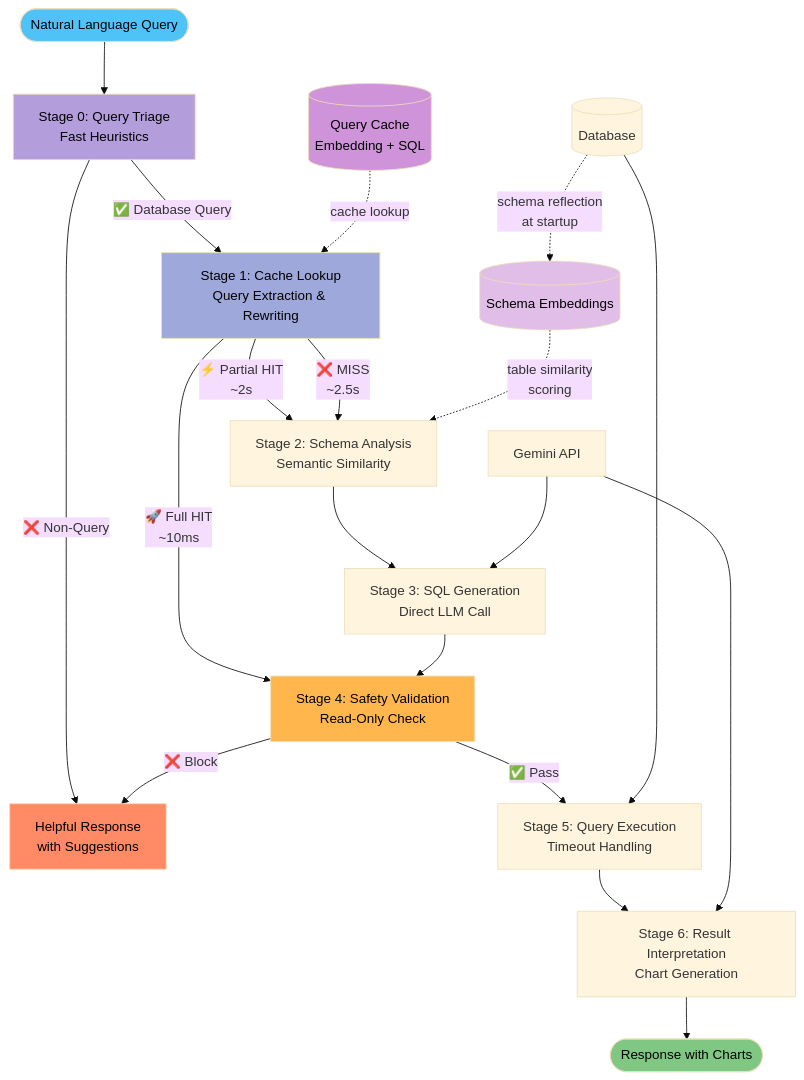
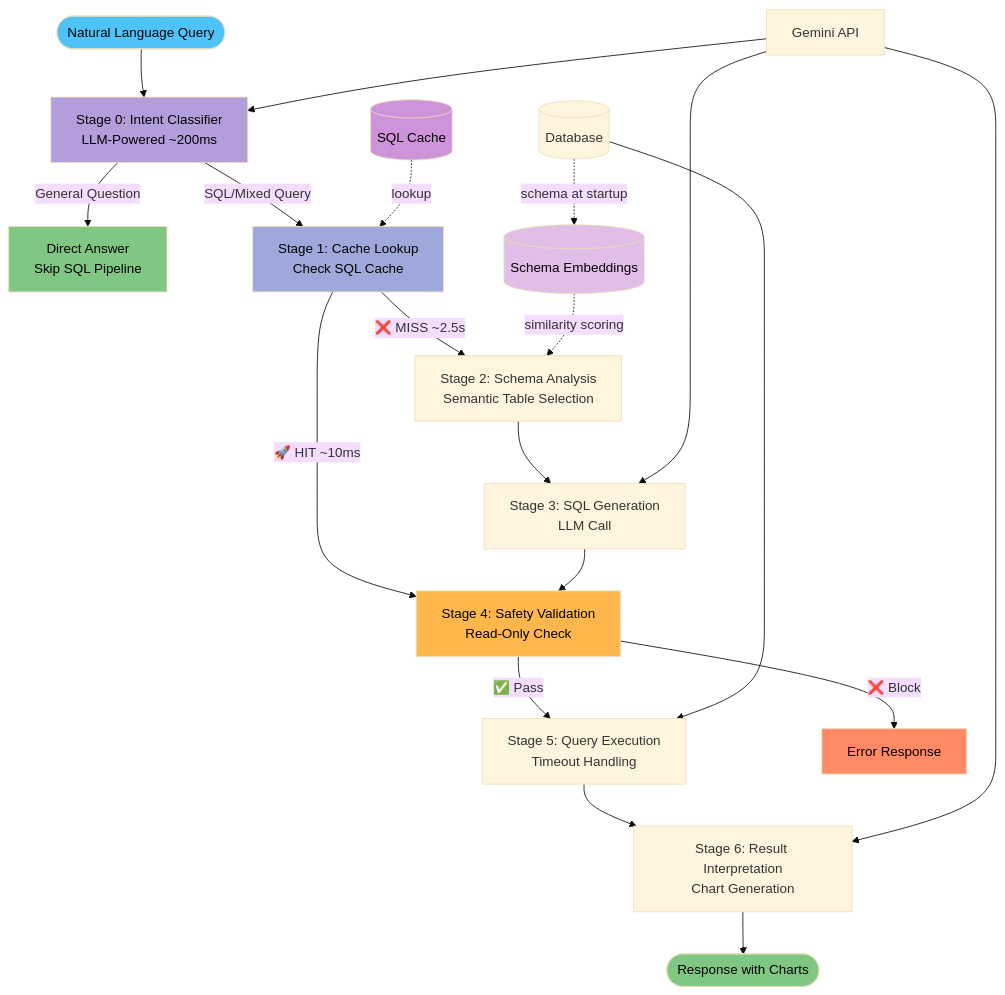
The diagram in README.md (keo571/netquery), drawn with Mermaid (base theme) before and after one commit. The commit also changed other lines of this file and 61 other files, not shown here.

````diff
--- a/README.md
+++ b/README.md
@@ -9,33 +9,34 @@
 ```mermaid
 flowchart TD
-    A([Natural Language Query]) --> T[Stage 0: Query Triage<br/>Fast Heuristics]
-    T -->|✅ Database Query| CL[Stage 1: Cache Lookup<br/>Query Extraction & Rewriting]
-    T -->|❌ Non-Query| H[Helpful Response<br/>with Suggestions]
+    A([Natural Language Query]) --> IC[Stage 0: Intent Classifier<br/>LLM-Powered ~200ms]
+    IC -->|General Question| GA[Direct Answer<br/>Skip SQL Pipeline]
+    IC -->|SQL/Mixed Query| CL[Stage 1: Cache Lookup<br/>Check SQL Cache]
 
-    CL -->|🚀 Full HIT<br/>~10ms| V[Stage 4: Safety Validation<br/>Read-Only Check]
-    CL -->|⚡ Partial HIT<br/>~2s| B[Stage 2: Schema Analysis<br/>Semantic Similarity]
-    CL -->|❌ MISS<br/>~2.5s| B
+    CL -->|🚀 HIT ~10ms| V[Stage 4: Safety Validation<br/>Read-Only Check]
+    CL -->|❌ MISS ~2.5s| B[Stage 2: Schema Analysis<br/>Semantic Table Selection]
 
-    B --> C[Stage 3: SQL Generation<br/>Direct LLM Call]
+    B --> C[Stage 3: SQL Generation<br/>LLM Call]
     C --> V
     V -->|✅ Pass| E[Stage 5: Query Execution<br/>Timeout Handling]
-    V -->|❌ Block| H
+    V -->|❌ Block| H[Error Response]
     E --> F[Stage 6: Result Interpretation<br/>Chart Generation]
     F --> G([Response with Charts])
 
-    DB[(Database)] -.->|schema reflection<br/>at startup| SCHEMA_CACHE
-    SCHEMA_CACHE[(Schema Embeddings)] -.->|table similarity<br/>scoring| B
-    QUERY_CACHE[(Query Cache<br/>Embedding + SQL)] -.->|cache lookup| CL
+    DB[(Database)] -.->|schema at startup| SCHEMA_CACHE
+    SCHEMA_CACHE[(Schema Embeddings)] -.->|similarity scoring| B
+    SQL_CACHE[(SQL Cache)] -.->|lookup| CL
+    LLM[Gemini API] --> IC
     LLM[Gemini API] --> C
-    LLM --> F
+    LLM[Gemini API] --> F
     DB --> E
 
     style A fill:#4FC3F7,color:#000
-    style T fill:#B39DDB,color:#000
+    style IC fill:#B39DDB,color:#000
     style CL fill:#9FA8DA,color:#000
     style G fill:#81C784,color:#000
+    style GA fill:#81C784,color:#000
     style H fill:#FF8A65,color:#000
     style V fill:#FFB74D,color:#000
     style SCHEMA_CACHE fill:#E1BEE7,color:#000
-    style QUERY_CACHE fill:#CE93D8,color:#000
+    style SQL_CACHE fill:#CE93D8,color:#000
 ```
````
